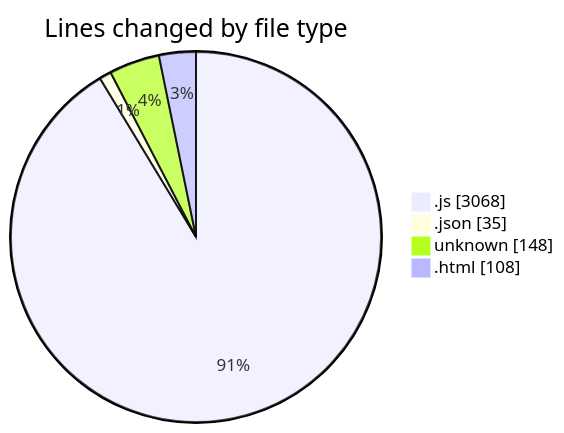
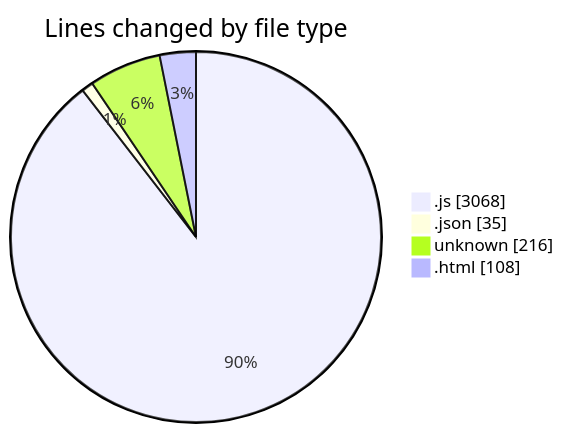
Before and after one commit to becaeroporto-bot/code-tracking: the first of 2 diagrams in 2026-02-20/bot_i_a/README.md, drawn with Mermaid. The commit also changed other lines of this file and 1 other file, not shown here.

````diff
--- a/2026-02-20/bot_i_a/README.md
+++ b/2026-02-20/bot_i_a/README.md
@@ -42,8 +42,8 @@
 ```mermaid
 pie showData
 title Lines changed by file type
 ".js" : 3068
 ".json" : 35
-"unknown" : 148
+"unknown" : 216
 ".html" : 108
 ```
````
